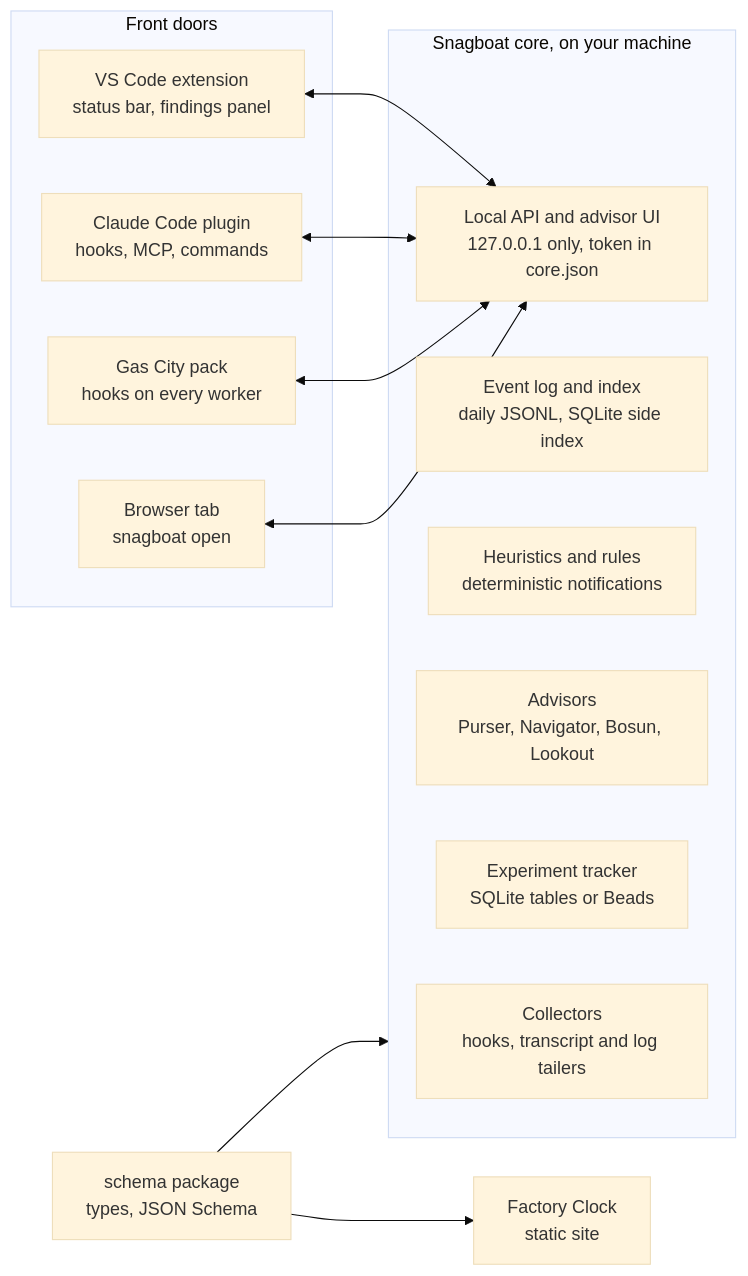
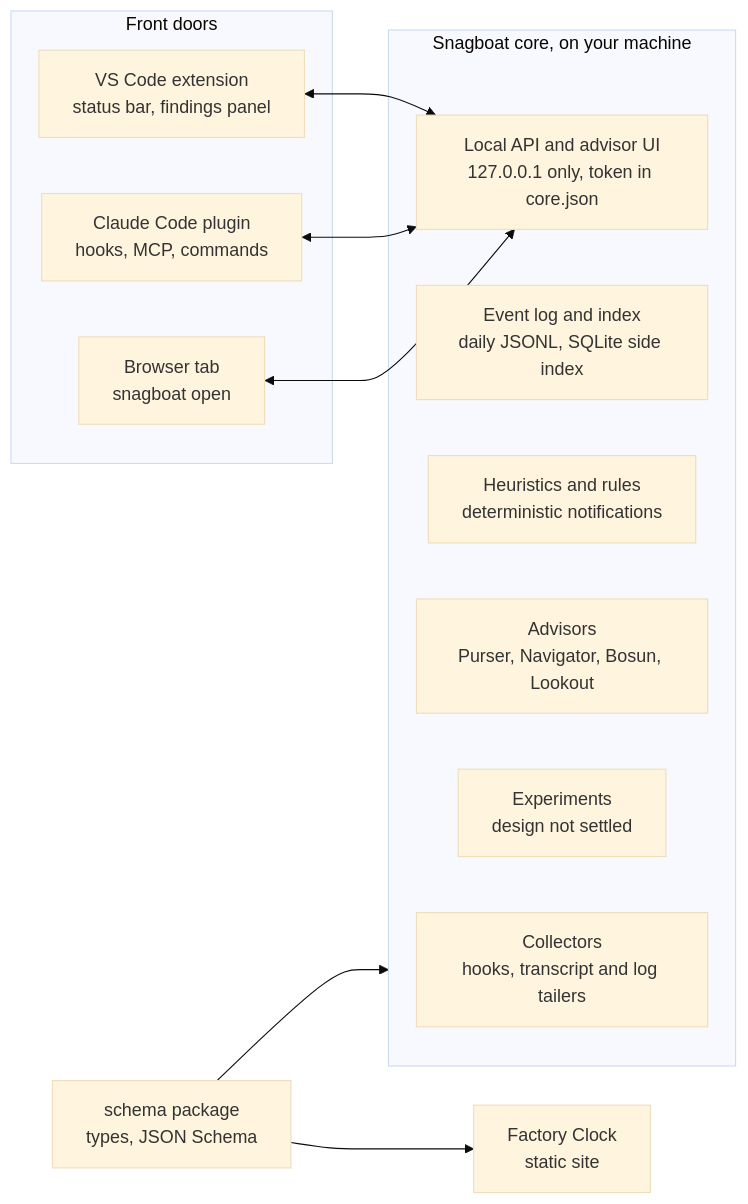
Before and after one commit to DChristianson/snagboat: the diagram in docs/design/architecture-rfc.md, drawn with Mermaid (base theme). The commit also changed other lines of this file and 5 other files, not shown here.

First line of the commit message:
Docs: drop Gas City, design experiments first, no Windows support

````diff
--- a/docs/design/architecture-rfc.md
+++ b/docs/design/architecture-rfc.md
@@ -64,22 +64,21 @@
 ```mermaid
 flowchart LR
   subgraph Doors["Front doors"]
     VS["VS Code extension<br>status bar, findings panel"]
     CC["Claude Code plugin<br>hooks, MCP, commands"]
-    GC["Gas City pack<br>hooks on every worker"]
     BR["Browser tab<br>snagboat open"]
   end
   subgraph Core["Snagboat core, on your machine"]
     COL["Collectors<br>hooks, transcript and log tailers"]
     LOG["Event log and index<br>daily JSONL, SQLite side index"]
     HEU["Heuristics and rules<br>deterministic notifications"]
     PER["Advisors<br>Purser, Navigator, Bosun, Lookout"]
-    EXP["Experiment tracker<br>SQLite tables or Beads"]
+    EXP["Experiments<br>design not settled"]
     API["Local API and advisor UI<br>127.0.0.1 only, token in core.json"]
   end
   SCH["schema package<br>types, JSON Schema"]
   VIZ["Factory Clock<br>static site"]
-  VS & CC & GC & BR <--> API
+  VS & CC & BR <--> API
   SCH --> Core
   SCH --> VIZ
 ```
````
